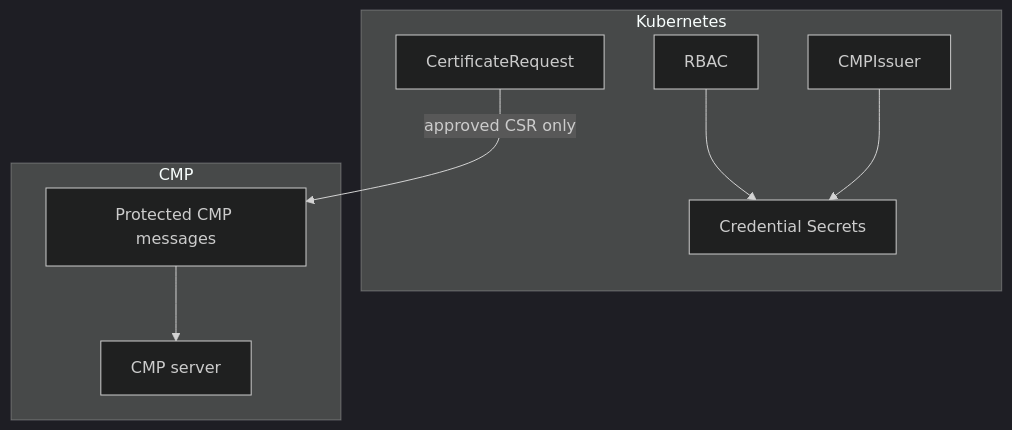
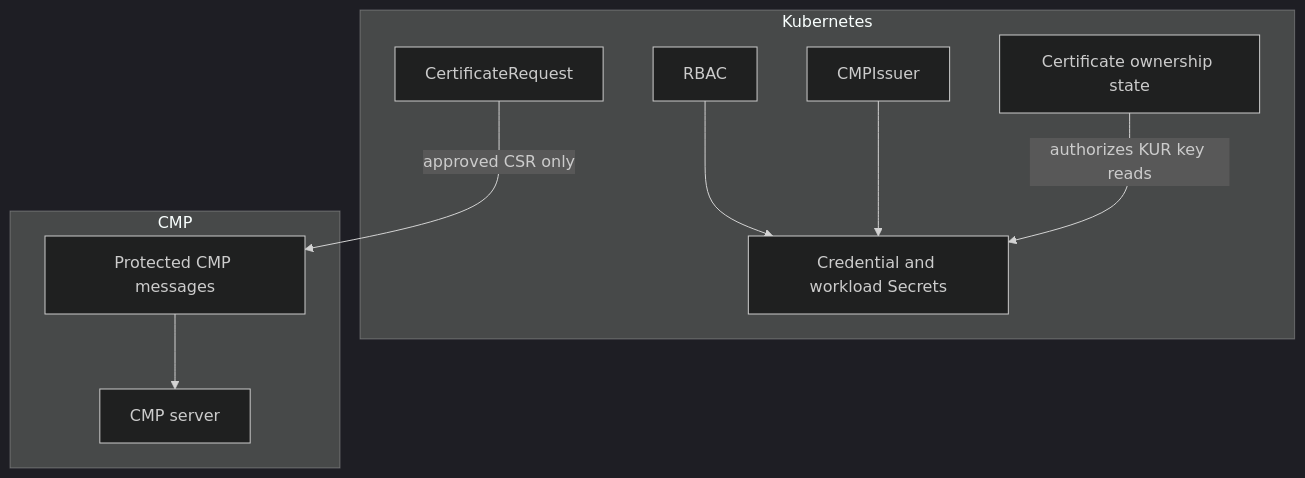
One commit to misiektoja/cmp-issuer changed the diagram in docs/security/security-model.md. Above: the diagram before and after it, drawn with Mermaid (dark theme). The commit also changed other lines of this file, not shown here.

Commit message:
docs(security): model KUR key access

````diff
--- a/docs/security/security-model.md
+++ b/docs/security/security-model.md
@@ -19,17 +19,19 @@
 ```mermaid
 flowchart TB
   subgraph k8s [Kubernetes]
     RBAC[RBAC]
     CR[CertificateRequest]
     ISS[CMPIssuer]
-    SEC[Credential Secrets]
+    SEC[Credential and workload Secrets]
+    CERT[Certificate ownership state]
   end
   subgraph cmp [CMP]
     MSG[Protected CMP messages]
     CA[CMP server]
   end
   RBAC --> SEC
   ISS --> SEC
+  CERT -->|authorizes KUR key reads| SEC
   CR -->|approved CSR only| MSG
   MSG --> CA
 ```
````
